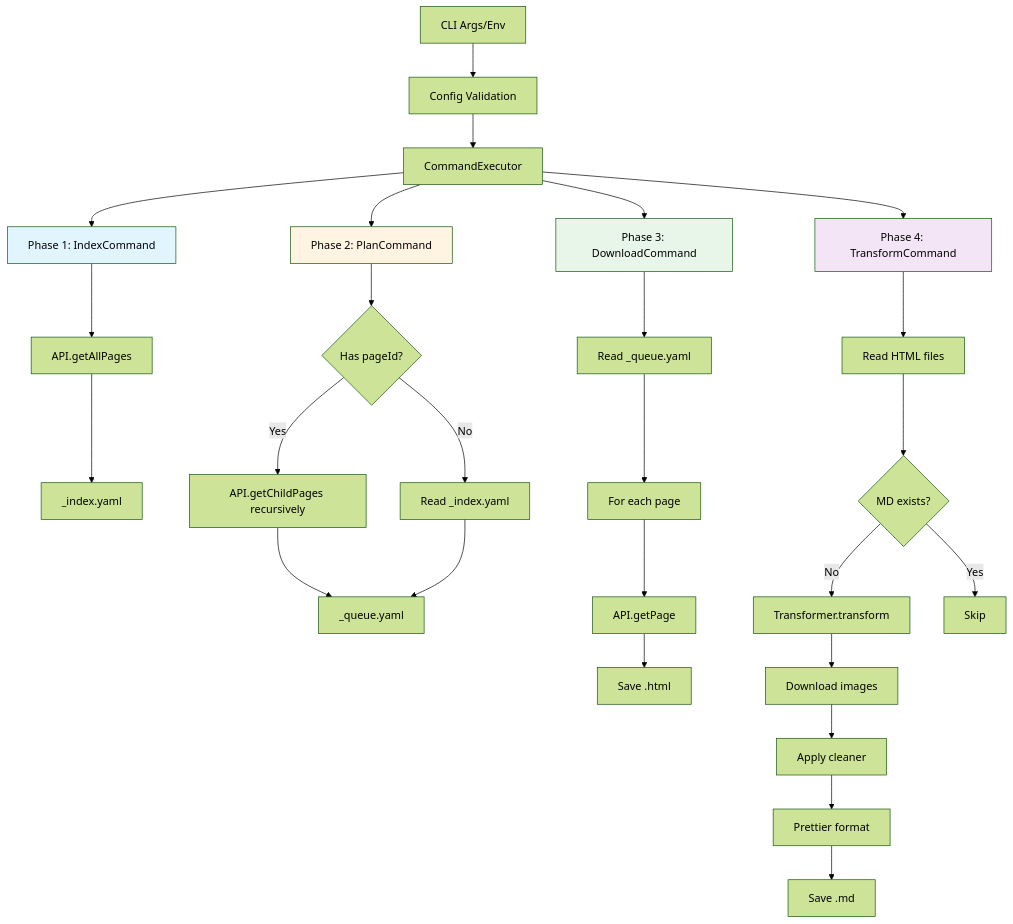
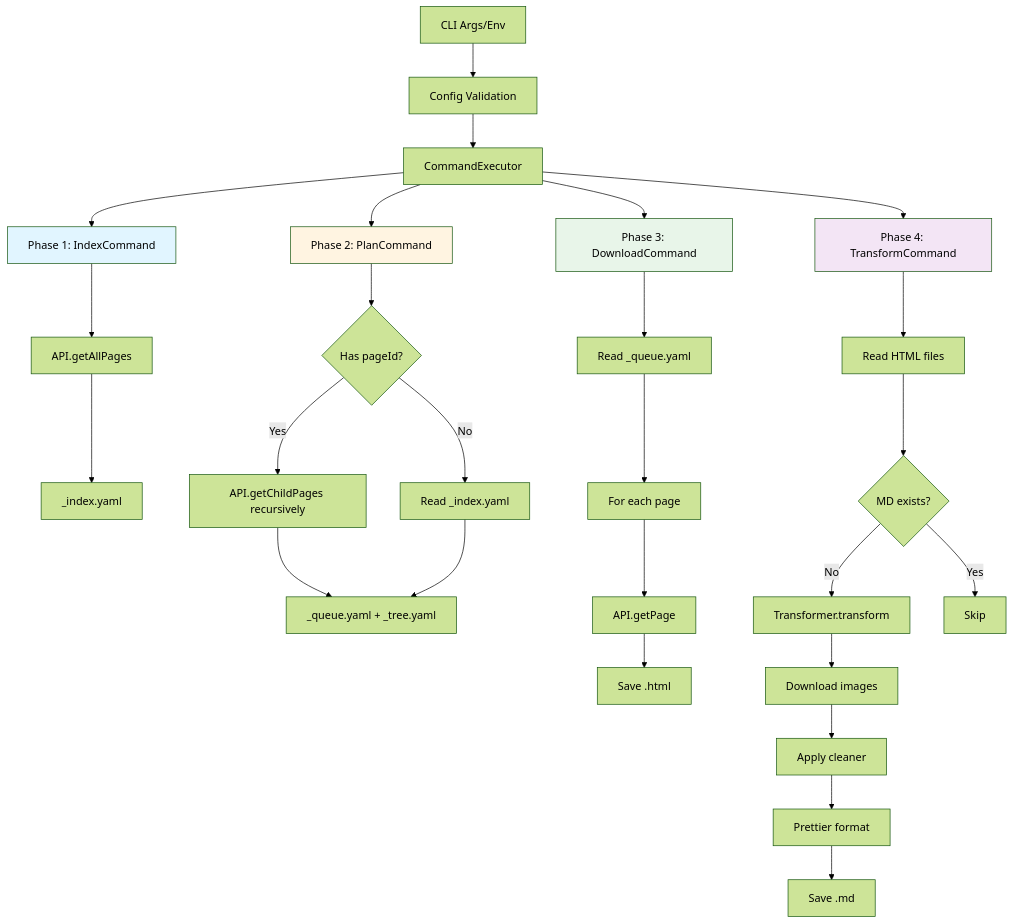
The first of 4 diagrams in agents.md (borgius/confluence-exporter), drawn with Mermaid (forest theme) before and after one commit. The commit also changed other lines of this file and 5 other files, not shown here.

Commit message:
feat: Enhance planning command to create hierarchical tree structure and update queue generation

````diff
--- a/agents.md
+++ b/agents.md
@@ -75,38 +75,38 @@
 ```mermaid
 flowchart TD
     A[CLI Args/Env] --> B[Config Validation]
     B --> C[CommandExecutor]
     
     C --> D[Phase 1: IndexCommand]
     C --> E[Phase 2: PlanCommand]
     C --> F[Phase 3: DownloadCommand]
     C --> G[Phase 4: TransformCommand]
     
     D --> D1[API.getAllPages]
     D1 --> D2[_index.yaml]
     
     E --> E1{Has pageId?}
     E1 -->|Yes| E2[API.getChildPages recursively]
     E1 -->|No| E3[Read _index.yaml]
-    E2 --> E4[_queue.yaml]
+    E2 --> E4[_queue.yaml + _tree.yaml]
     E3 --> E4
     
     F --> F1[Read _queue.yaml]
     F1 --> F2[For each page]
     F2 --> F3[API.getPage]
     F3 --> F4[Save .html]
     
     G --> G1[Read HTML files]
     G1 --> G2{MD exists?}
     G2 -->|No| G3[Transformer.transform]
     G2 -->|Yes| G4[Skip]
     G3 --> G5[Download images]
     G5 --> G6[Apply cleaner]
     G6 --> G7[Prettier format]
     G7 --> G8[Save .md]
     
     style D fill:#e1f5ff
     style E fill:#fff4e1
     style F fill:#e8f5e9
     style G fill:#f3e5f5
 ```
````
